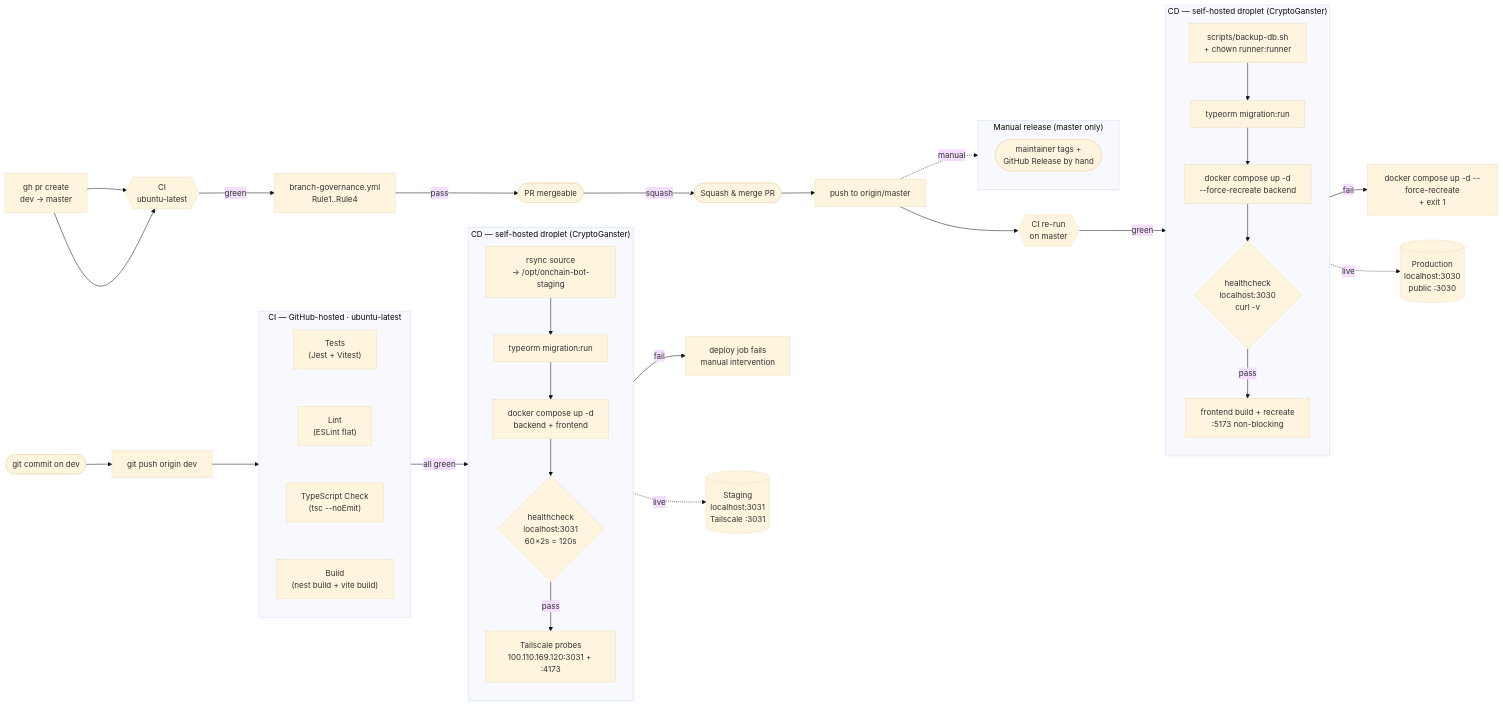
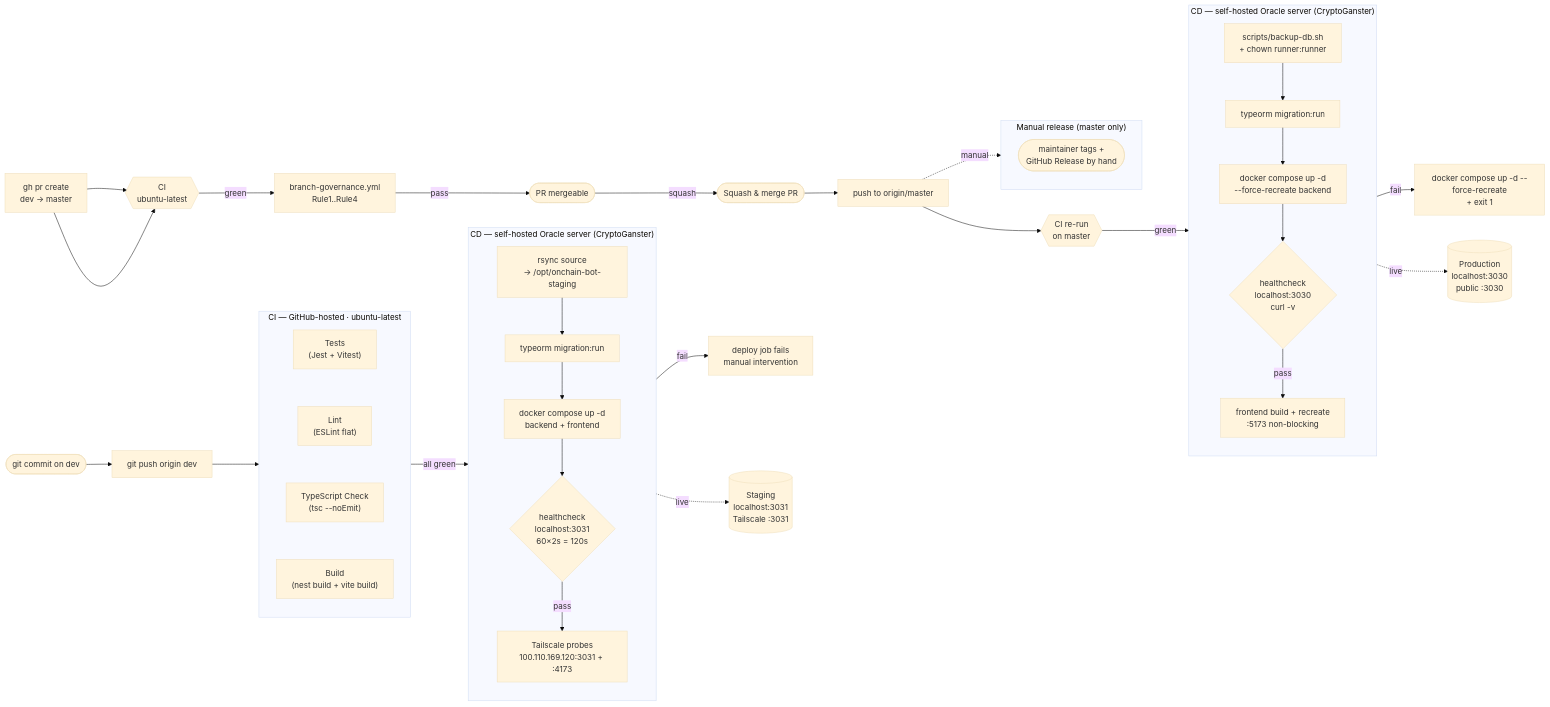
One commit to bryanstevensacosta/onchain-bot changed the diagram in docs/ci-cd.md. Above: the diagram before and after it, drawn with Mermaid (base theme). The commit also changed other lines of this file and 453 other files, not shown here.

````diff
--- a/docs/ci-cd.md
+++ b/docs/ci-cd.md
@@ -37,65 +37,65 @@
 ```mermaid
 flowchart LR
     %% ===== Triggers =====
     DevCommit([git commit on dev]) --> DevPush[git push origin dev]
     PRCreate[gh pr create<br/>dev → master] --> CI2{{CI<br/>ubuntu-latest}}
     MergeSquash([Squash & merge PR]) --> MasterPush[push to origin/master]
 
     %% ===== CI stage =====
     subgraph CI[" CI — GitHub-hosted · ubuntu-latest "]
         direction TB
         Tests["Tests<br/>(Jest + Vitest)"]
         Lint["Lint<br/>(ESLint flat)"]
         Tsc["TypeScript Check<br/>(tsc --noEmit)"]
         Build["Build<br/>(nest build + vite build)"]
         Tests ~~~ Lint
         Lint ~~~ Tsc
         Tsc ~~~ Build
     end
 
     %% ===== CD staging =====
-    subgraph CDStaging[" CD — self-hosted droplet (CryptoGanster) "]
+    subgraph CDStaging[" CD — self-hosted Oracle server (CryptoGanster) "]
         direction TB
         SyncStg[rsync source<br/>→ /opt/onchain-bot-staging]
         MigrateStg[typeorm migration:run]
         UpStg[docker compose up -d<br/>backend + frontend]
         HcStg{healthcheck<br/>localhost:3031<br/>60×2s = 120s}
         TailscaleStg[Tailscale probes<br/>100.110.169.120:3031 + :4173]
     end
 
     %% ===== CD prod =====
-    subgraph CDProd[" CD — self-hosted droplet (CryptoGanster) "]
+    subgraph CDProd[" CD — self-hosted Oracle server (CryptoGanster) "]
         direction TB
         BackupProd[scripts/backup-db.sh<br/>+ chown runner:runner]
         MigrateProd[typeorm migration:run]
         UpProd[docker compose up -d<br/>--force-recreate backend]
         HcProd{healthcheck<br/>localhost:3030<br/>curl -v}
         FrontendProd[frontend build + recreate<br/>:5173 non-blocking]
     end
 
     %% ===== Releases =====
     subgraph Releases[" Manual release (master only) "]
         direction TB
         RpManual([maintainer tags +<br/>GitHub Release by hand])
     end
 
     %% ===== Environments =====
     DevPush --> CI
     CI -- all green --> SyncStg
     SyncStg --> MigrateStg --> UpStg --> HcStg
     HcStg -- pass --> TailscaleStg
     HcStg -- fail --> Rollback1[deploy job fails<br/>manual intervention]
     TailscaleStg -.live.-> StagingEnv[(Staging<br/>localhost:3031<br/>Tailscale :3031)]
 
     PRCreate --> CI2
     CI2 -- green --> BranchGov[branch-governance.yml<br/>Rule1..Rule4]
     BranchGov -- pass --> PRReady([PR mergeable])
     PRReady -- squash --> MergeSquash
     MasterPush --> CI3{{CI re-run<br/>on master}}
     CI3 -- green --> BackupProd --> MigrateProd --> UpProd --> HcProd
     HcProd -- pass --> FrontendProd
     HcProd -- fail --> Rollback2[docker compose up -d --force-recreate<br/>+ exit 1]
     FrontendProd -.live.-> ProdEnv[(Production<br/>localhost:3030<br/>public :3030)]
 
     MasterPush -. manual .-> RpManual
 ```
````
